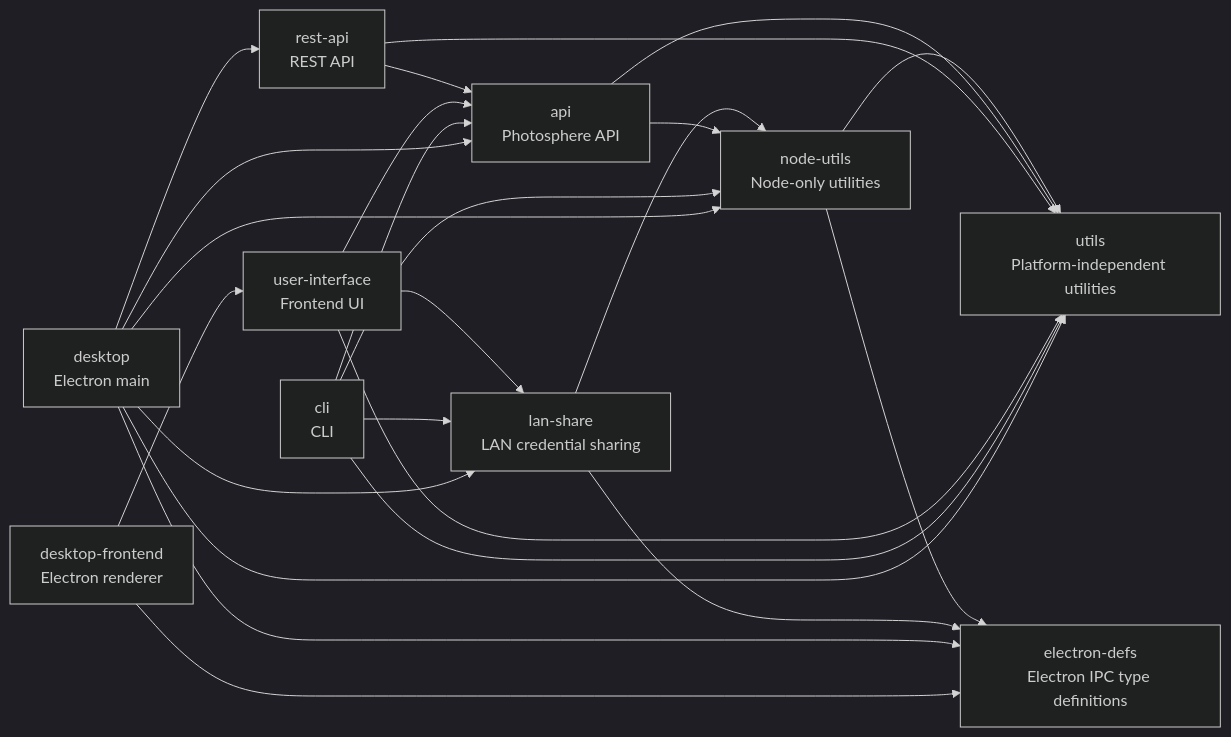
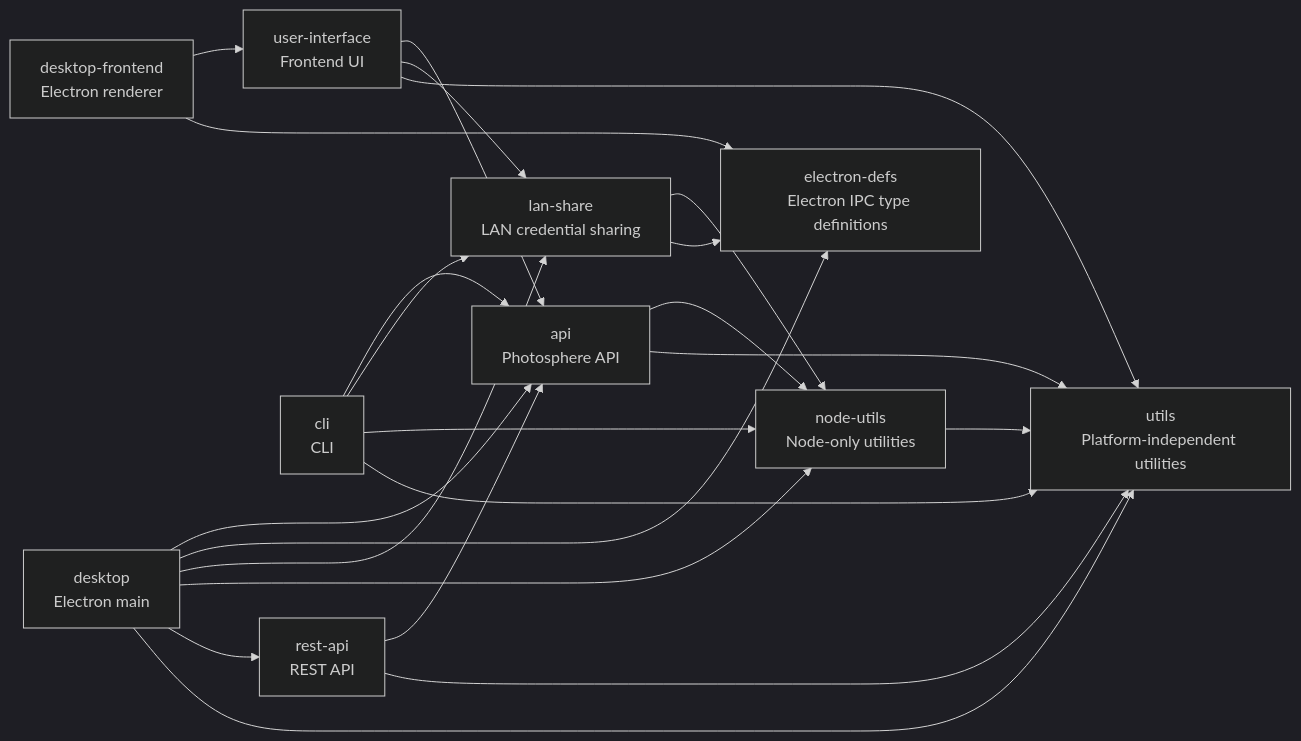
Before and after one commit to ashleydavis/photosphere: the diagram in docs/dependencies.md, drawn with Mermaid (dark theme). The commit also changed 2 other files, not shown here.

Commit message:
Removed unused electron-defs dependency from node-utils
The electron-defs package was listed as a runtime dependency of node-utils, but nothing in the node-utils source tree imported from it. The dependency was dead weight.

Removed electron-defs from node-utils/package.json and updated the dependency diagram in docs/dependencies.md to reflect the corrected relationship (node-utils now only depends on utils, not utils & electron-defs).

Ran a clean bun install to update the lockfile accordingly.

````diff
--- a/docs/dependencies.md
+++ b/docs/dependencies.md
@@ -3,22 +3,22 @@
 ```mermaid
 flowchart LR
     utils["utils<br/>Platform-independent utilities"]
     edefs["electron-defs<br/>Electron IPC type definitions"]
     nodeutils["node-utils<br/>Node-only utilities"]
     lanshare["lan-share<br/>LAN credential sharing"]
     api["api<br/>Photosphere API"]
     restapi["rest-api<br/>REST API"]
     ui["user-interface<br/>Frontend UI"]
     cli["cli<br/>CLI"]
     desktop["desktop<br/>Electron main"]
     desktopfe["desktop-frontend<br/>Electron renderer"]
 
-    nodeutils --> utils & edefs
+    nodeutils --> utils
     lanshare --> nodeutils & edefs
     api --> nodeutils & utils
     restapi --> api & utils
     ui --> api & lanshare & utils
     cli --> api & lanshare & nodeutils & utils
     desktop --> api & edefs & lanshare & nodeutils & restapi & utils
     desktopfe --> ui & edefs
 ```
````
